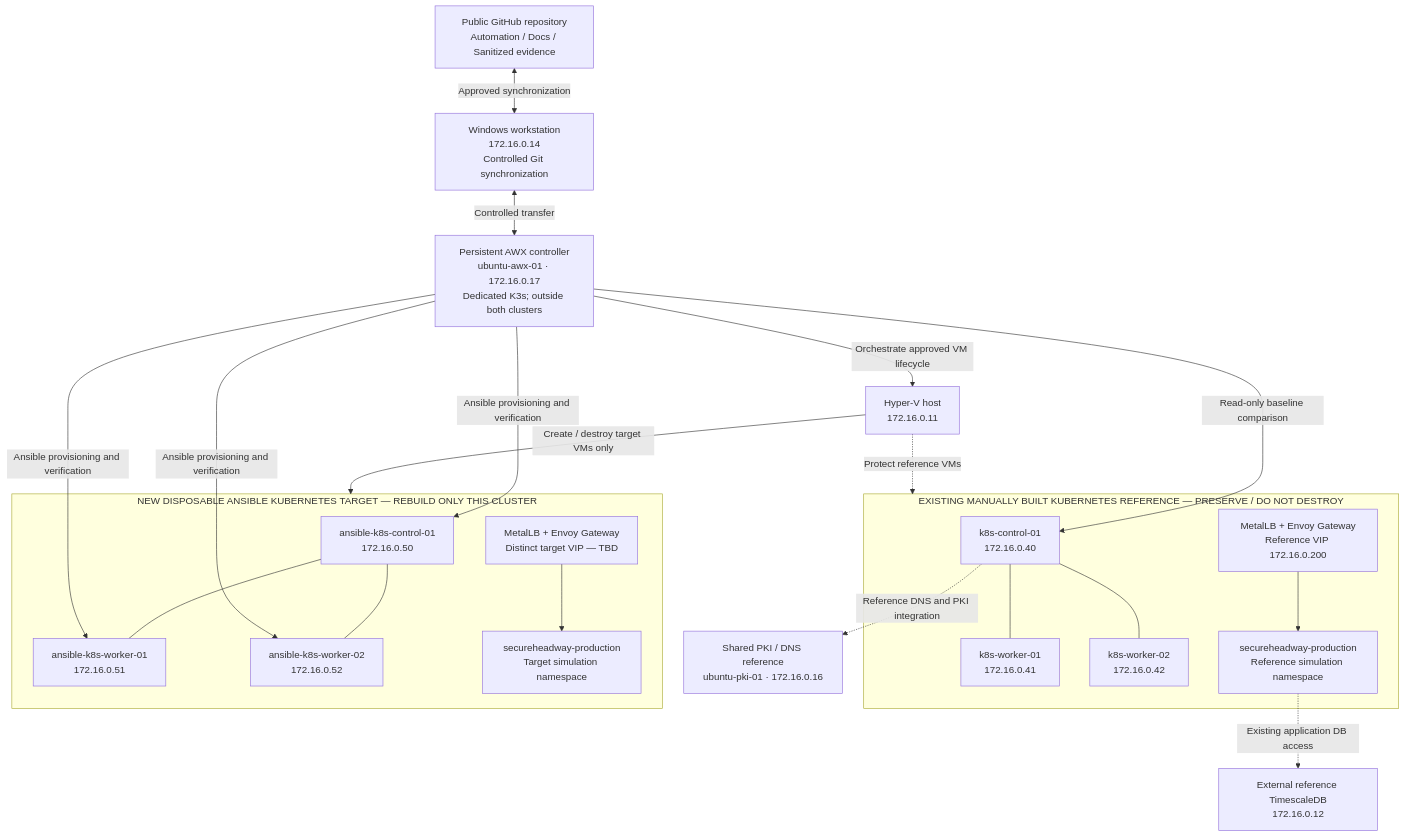
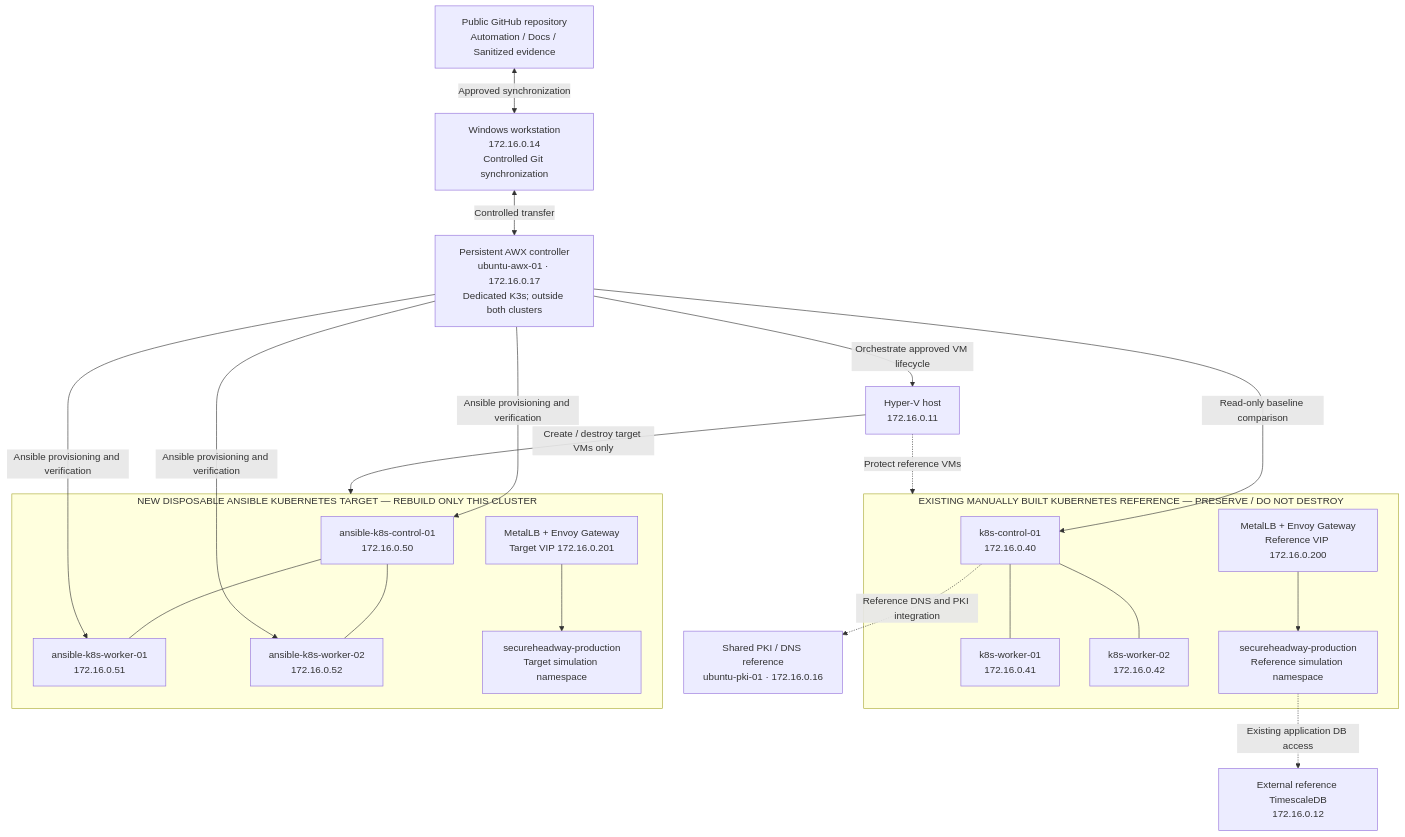
The first of 4 diagrams in documentation/SecureHeadway-Ansible-AWX-Implementation-Approach.md (jshealysh/secureheadway-infrastructure), drawn with Mermaid before and after one commit. The commit also changed other lines of this file, not shown here.

Commit message:
docs: allocate separate MetalLB VIPs and clarify Layer 2 MAC behavior

````diff
--- a/documentation/SecureHeadway-Ansible-AWX-Implementation-Approach.md
+++ b/documentation/SecureHeadway-Ansible-AWX-Implementation-Approach.md
@@ -78,43 +78,43 @@
 ```mermaid
 flowchart TB
     GH["Public GitHub repository<br/>Automation / Docs / Sanitized evidence"]
     WS["Windows workstation<br/>172.16.0.14<br/>Controlled Git synchronization"]
     HV["Hyper-V host<br/>172.16.0.11"]
     AWX["Persistent AWX controller<br/>ubuntu-awx-01 · 172.16.0.17<br/>Dedicated K3s; outside both clusters"]
     PKI["Shared PKI / DNS reference<br/>ubuntu-pki-01 · 172.16.0.16"]
     DB["External reference TimescaleDB<br/>172.16.0.12"]
 
     subgraph REF["EXISTING MANUALLY BUILT KUBERNETES REFERENCE — PRESERVE / DO NOT DESTROY"]
       RCP["k8s-control-01<br/>172.16.0.40"]
       RW1["k8s-worker-01<br/>172.16.0.41"]
       RW2["k8s-worker-02<br/>172.16.0.42"]
       RGW["MetalLB + Envoy Gateway<br/>Reference VIP 172.16.0.200"]
       RNS["secureheadway-production<br/>Reference simulation namespace"]
       RCP --- RW1
       RCP --- RW2
       RGW --> RNS
     end
 
     subgraph TARGET["NEW DISPOSABLE ANSIBLE KUBERNETES TARGET — REBUILD ONLY THIS CLUSTER"]
       TCP["ansible-k8s-control-01<br/>172.16.0.50"]
       TW1["ansible-k8s-worker-01<br/>172.16.0.51"]
       TW2["ansible-k8s-worker-02<br/>172.16.0.52"]
-      TGW["MetalLB + Envoy Gateway<br/>Distinct target VIP — TBD"]
+      TGW["MetalLB + Envoy Gateway<br/>Target VIP 172.16.0.201"]
       TNS["secureheadway-production<br/>Target simulation namespace"]
       TCP --- TW1
       TCP --- TW2
       TGW --> TNS
     end
 
     GH <-->|"Approved synchronization"| WS
     WS <-->|"Controlled transfer"| AWX
     AWX -->|"Orchestrate approved VM lifecycle"| HV
     AWX -->|"Read-only baseline comparison"| RCP
     AWX -->|"Ansible provisioning and verification"| TCP
     AWX -->|"Ansible provisioning and verification"| TW1
     AWX -->|"Ansible provisioning and verification"| TW2
     RCP -.->|"Reference DNS and PKI integration"| PKI
     RNS -.->|"Existing application DB access"| DB
     HV -.->|"Protect reference VMs"| REF
     HV -->|"Create / destroy target VMs only"| TARGET
 ```
````
